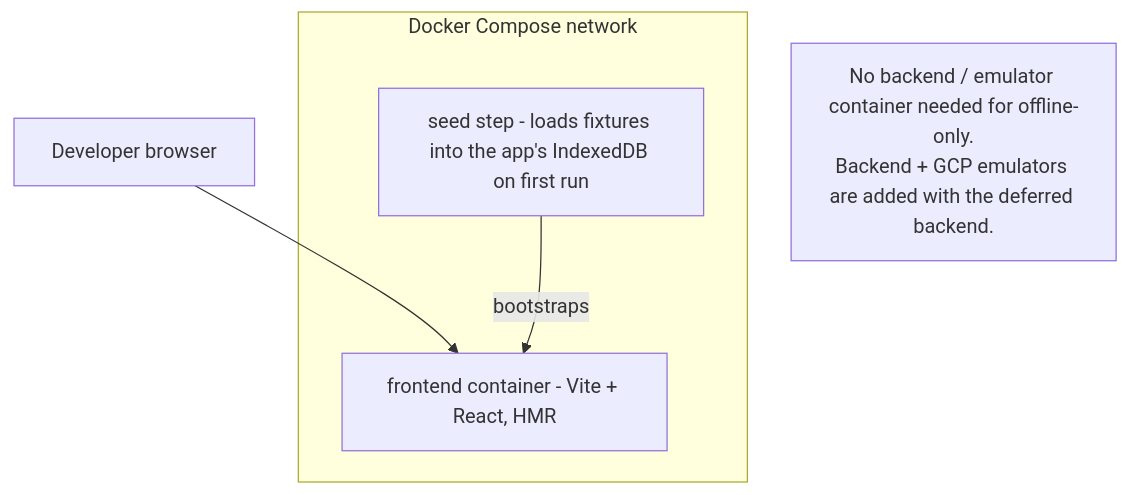
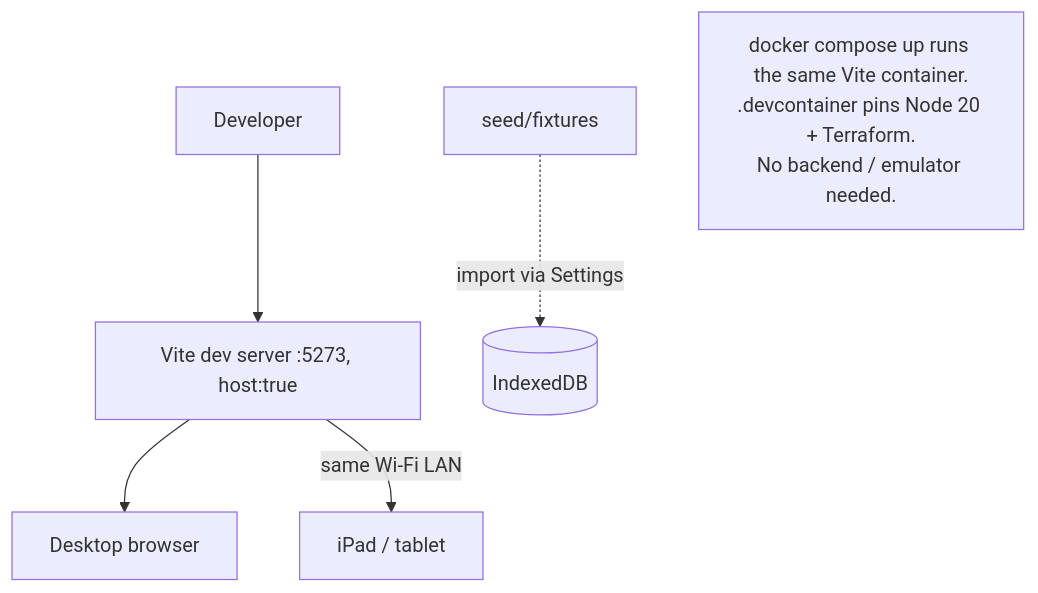
One commit to levijsbris/Bidding-Box changed the seventh of 14 diagrams in docs/ARCHITECTURE.md. Above: the diagram before and after it, drawn with Mermaid. The commit also changed other lines of this file and 4 other files, not shown here.

First line of the commit message:
Revise architecture docs to as-built; refresh C4 + cloud diagrams

````diff
--- a/docs/ARCHITECTURE.md
+++ b/docs/ARCHITECTURE.md
@@ -214,10 +279,8 @@
 ```mermaid
 flowchart TB
-    subgraph Compose[Docker Compose network]
-        FE[frontend container - Vite + React, HMR]
-        SEED[seed step - loads fixtures into the app's IndexedDB on first run]
-    end
-    Dev[Developer browser] --> FE
-    SEED -->|bootstraps| FE
-    note["No backend / emulator container needed for offline-only.<br/>Backend + GCP emulators are added with the deferred backend."]
+    Dev[Developer] --> Vite["Vite dev server :5273, host:true"]
+    Vite --> Browser[Desktop browser]
+    Vite -->|same Wi-Fi LAN| Tablet[iPad / tablet]
+    Seed[seed/fixtures] -. import via Settings .-> IDB[(IndexedDB)]
+    note["docker compose up runs the same Vite container.<br/>.devcontainer pins Node 20 + Terraform.<br/>No backend / emulator needed."]
 ```
````
